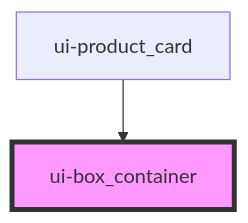
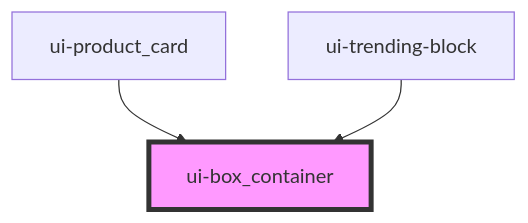
One commit to ankitghanekar-hcl/ui-shared-web-components changed the diagram in src/components/ui-box_container/readme.md. Above: the diagram before and after it, drawn with Mermaid. The commit also changed other lines of this file and 5 other files, not shown here.

````diff
--- a/src/components/ui-box_container/readme.md
+++ b/src/components/ui-box_container/readme.md
@@ -22,5 +24,6 @@
 ```mermaid
 graph TD;
   ui-product_card --> ui-box_container
+  ui-trending-block --> ui-box_container
   style ui-box_container fill:#f9f,stroke:#333,stroke-width:4px
 ```
````
